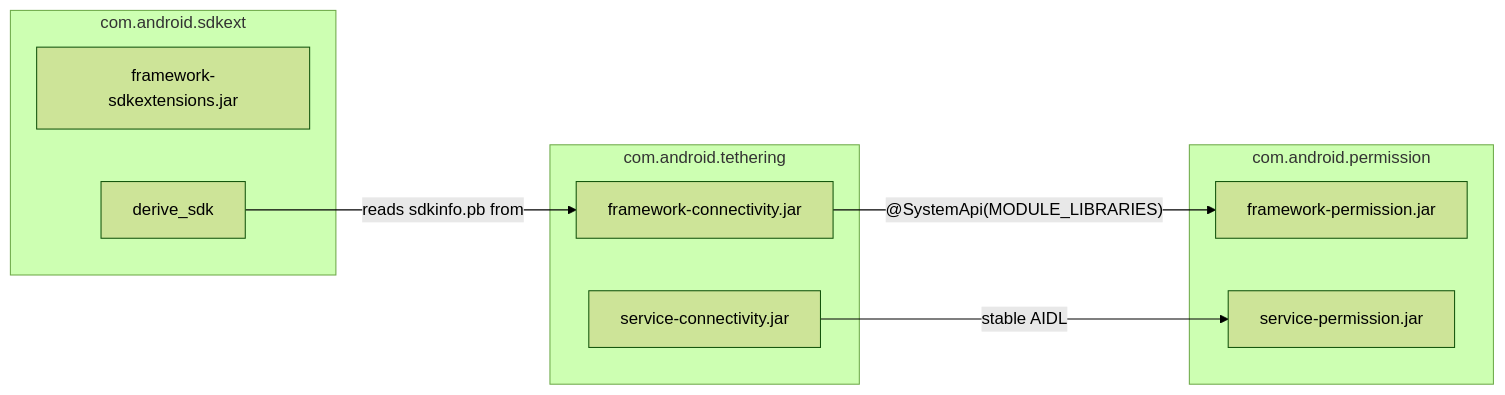
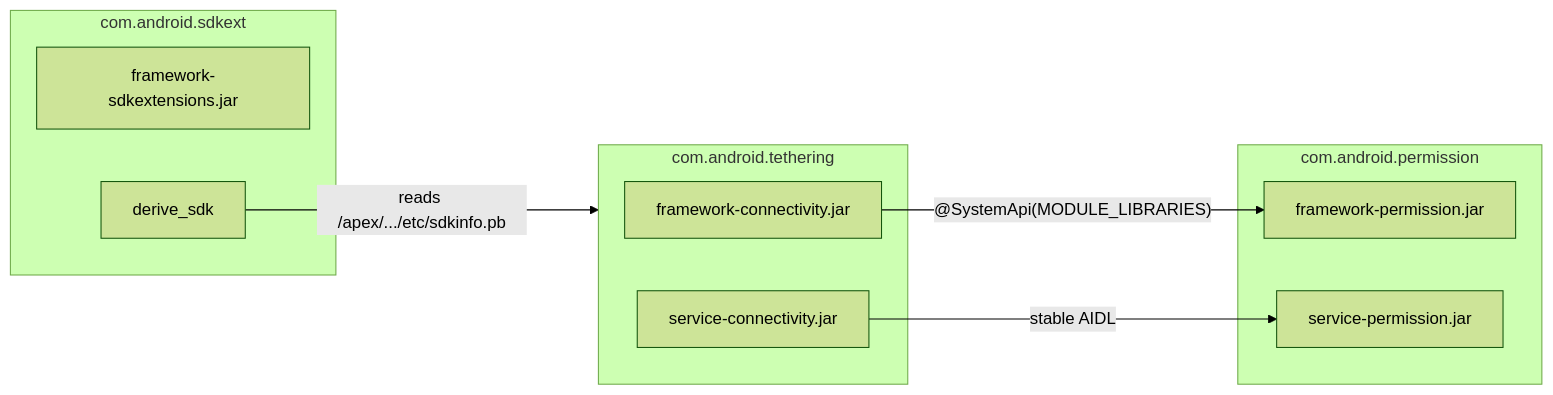
Diagram 11 of 21 in 54-mainline-modules.md (aospbooks/aosp-internal-book), drawn with Mermaid (forest theme) before and after one commit. The commit also changed other lines of this file and 218 other files, not shown here.

````diff
--- a/54-mainline-modules.md
+++ b/54-mainline-modules.md
@@ -2460,21 +2494,21 @@
 ```mermaid
 graph LR
-    subgraph "com.android.tethering"
+    subgraph TETH["com.android.tethering"]
         FW_CONN["framework-connectivity.jar"]
         SVC_CONN["service-connectivity.jar"]
     end
 
     subgraph "com.android.permission"
         FW_PERM["framework-permission.jar"]
         SVC_PERM["service-permission.jar"]
     end
 
     subgraph "com.android.sdkext"
         FW_SDK["framework-sdkextensions.jar"]
         DS["derive_sdk"]
     end
 
     FW_CONN -->|"@SystemApi(MODULE_LIBRARIES)"| FW_PERM
     SVC_CONN -->|"stable AIDL"| SVC_PERM
-    DS -->|"reads sdkinfo.pb from"| FW_CONN
+    DS -->|"reads /apex/.../etc/sdkinfo.pb"| TETH
 ```
````
